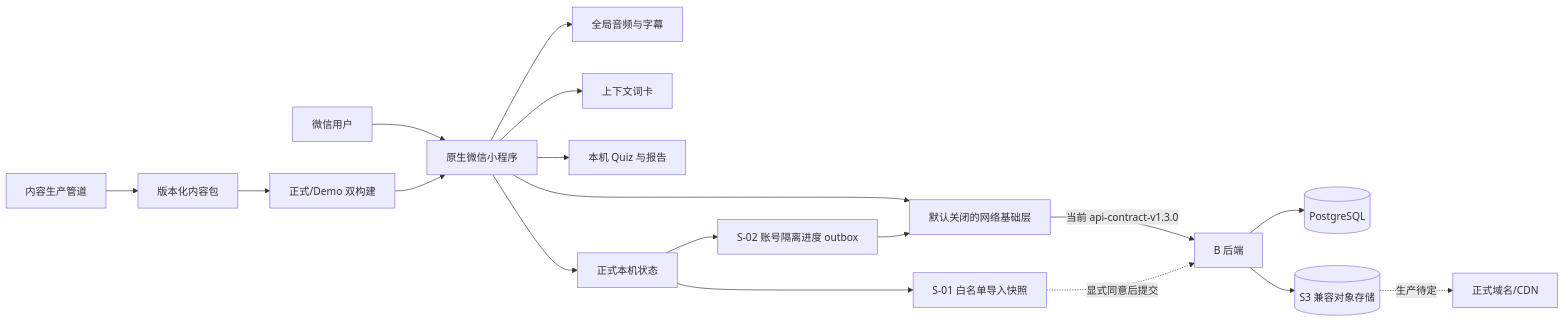
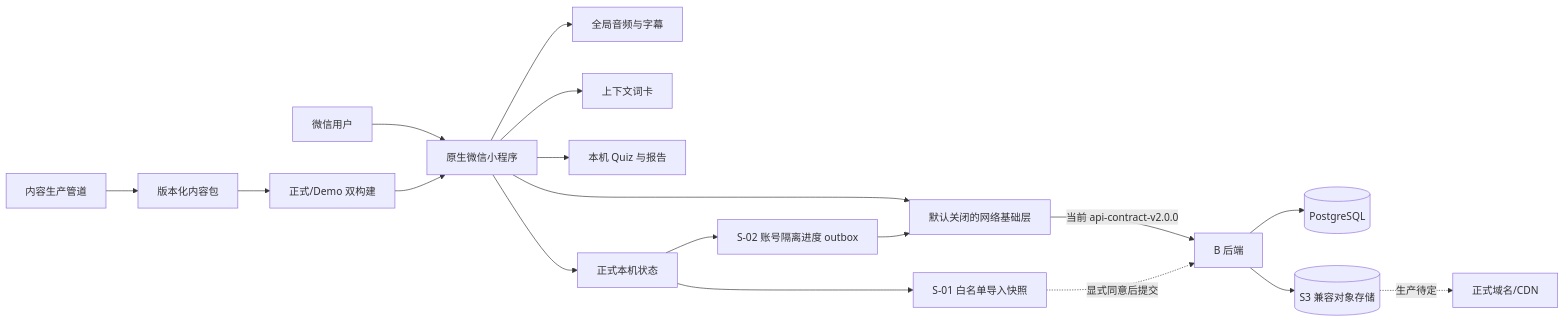
The diagram in 听阅小程序-技术架构与需求总览-v4.0.md (Evil-Bubble-wzx/wechat-project), drawn with Mermaid before and after one commit. The commit also changed other lines of this file and 90 other files, not shown here.

````diff
--- a/听阅小程序-技术架构与需求总览-v4.0.md
+++ b/听阅小程序-技术架构与需求总览-v4.0.md
@@ -89,20 +90,20 @@
 ```mermaid
 flowchart LR
     U[微信用户] --> MP[原生微信小程序]
     MP --> PLAYER[全局音频与字幕]
     MP --> VOCAB[上下文词卡]
     MP --> QUIZ[本机 Quiz 与报告]
     MP --> STORE[正式本机状态]
     MP --> NET[默认关闭的网络基础层]
     STORE --> IMPORT[S-01 白名单导入快照]
     STORE --> PROGRESS[S-02 账号隔离进度 outbox]
-    NET -->|当前 api-contract-v1.3.0| B[B 后端]
+    NET -->|当前 api-contract-v2.0.0| B[B 后端]
     IMPORT -. 显式同意后提交 .-> B
     PROGRESS --> NET
     B --> DB[(PostgreSQL)]
     B --> MEDIA[(S3 兼容对象存储)]
     MEDIA -. 生产待定 .-> CDN[正式域名/CDN]
     PIPE[内容生产管道] --> PKG[版本化内容包]
     PKG --> BUILD[正式/Demo 双构建]
     BUILD --> MP
 ```
````
